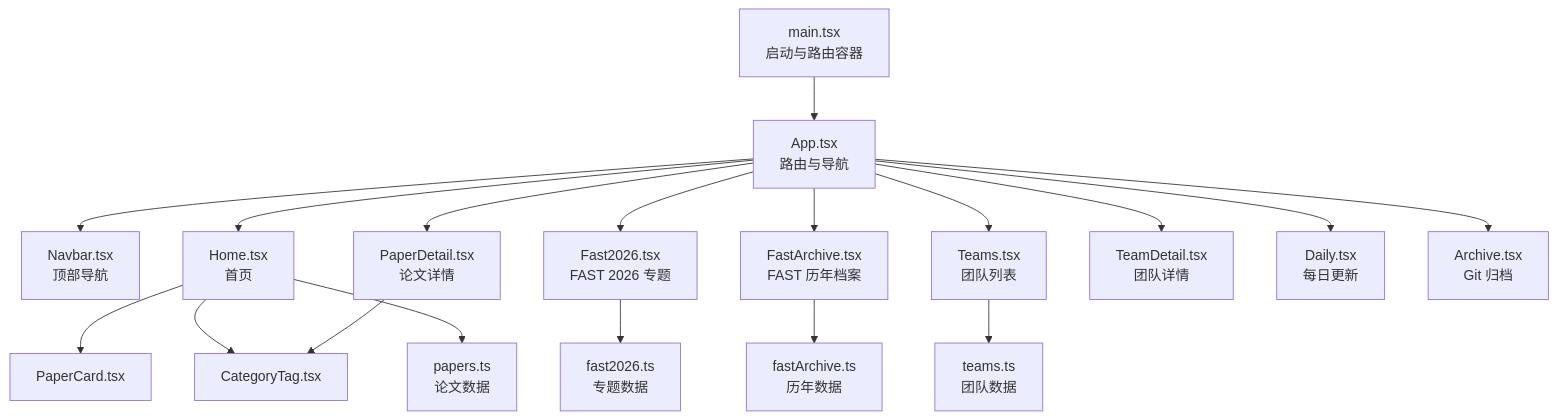
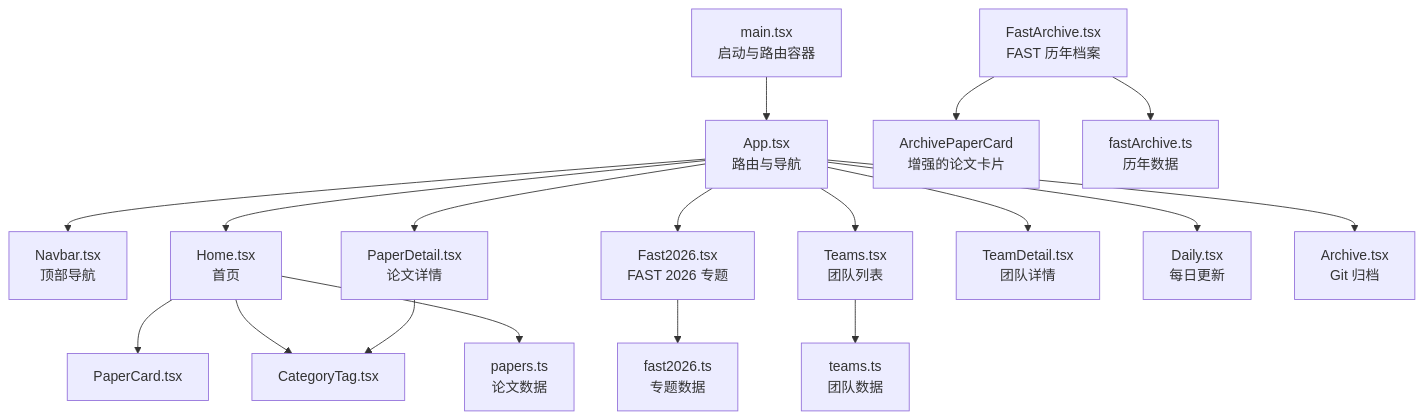
Before and after one commit to erikliu123/storage_ai_blog: the first of 10 diagrams in .qoder/repowiki/zh/content/页面组件/页面组件.md, drawn with Mermaid. The commit also changed other lines of this file and 61 other files, not shown here.

````diff
--- a/.qoder/repowiki/zh/content/页面组件/页面组件.md
+++ b/.qoder/repowiki/zh/content/页面组件/页面组件.md
@@ -46,20 +54,20 @@
 ```mermaid
 graph TB
 A["main.tsx<br/>启动与路由容器"] --> B["App.tsx<br/>路由与导航"]
 B --> C["Navbar.tsx<br/>顶部导航"]
 B --> D["Home.tsx<br/>首页"]
 B --> E["PaperDetail.tsx<br/>论文详情"]
 B --> F["Fast2026.tsx<br/>FAST 2026 专题"]
-B --> FA["FastArchive.tsx<br/>FAST 历年档案"]
+FA["FastArchive.tsx<br/>FAST 历年档案"] --> FC["ArchivePaperCard<br/>增强的论文卡片"]
 B --> G["Teams.tsx<br/>团队列表"]
 B --> H["TeamDetail.tsx<br/>团队详情"]
 B --> I["Daily.tsx<br/>每日更新"]
 B --> J["Archive.tsx<br/>Git 归档"]
 D --> K["PaperCard.tsx"]
 D --> L["CategoryTag.tsx"]
 E --> L
 F --> M["fast2026.ts<br/>专题数据"]
 FA --> NA["fastArchive.ts<br/>历年数据"]
 G --> N["teams.ts<br/>团队数据"]
 D --> O["papers.ts<br/>论文数据"]
 ```
````
